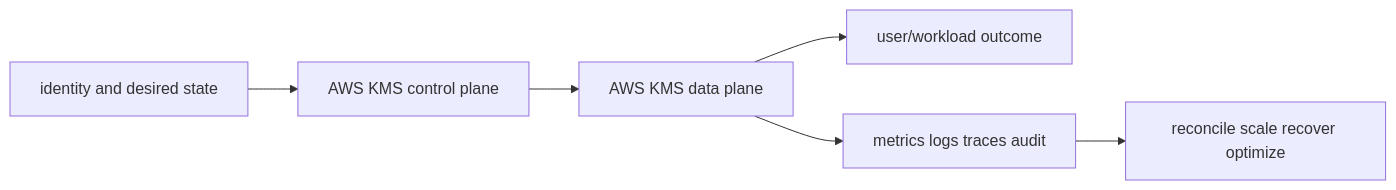
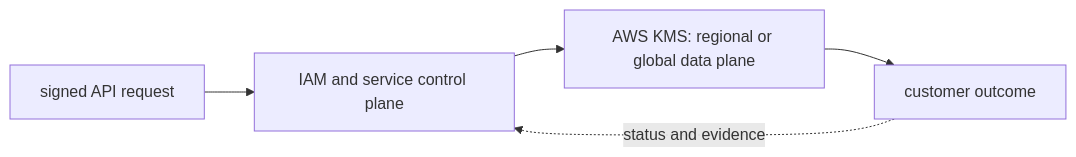
The diagram in 07-aws/09-security-operations/01-kms/README.md (tomkidumbuyo/DevOps-interview-preparation), drawn with Mermaid before and after one commit. The commit also changed other lines of this file and 753 other files, not shown here.

````diff
--- a/07-aws/09-security-operations/01-kms/README.md
+++ b/07-aws/09-security-operations/01-kms/README.md
@@ -19,8 +31,7 @@
 ```mermaid
 flowchart LR
-  I[identity and desired state] --> C[AWS KMS control plane]
-  C --> D[AWS KMS data plane]
-  D --> U[user/workload outcome]
-  D --> O[metrics logs traces audit]
-  O --> R[reconcile scale recover optimize]
+  A["signed API request"] --> B["IAM and service control plane"]
+  B --> C["AWS KMS: regional or global data plane"]
+  C --> D["customer outcome"]
+  D -. "status and evidence" .-> B
 ```
````
